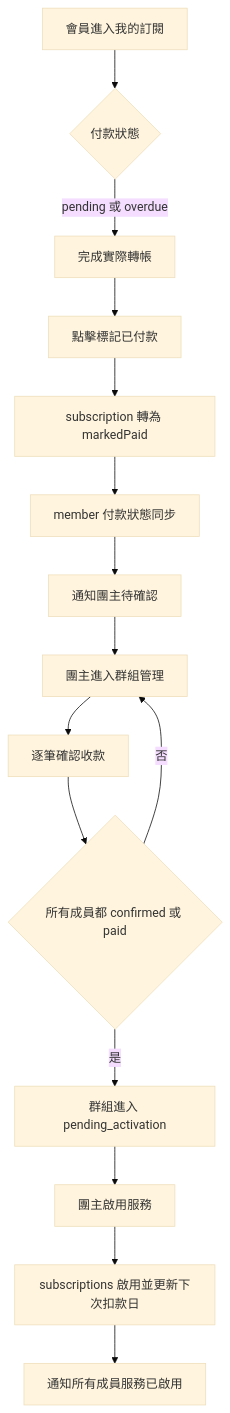
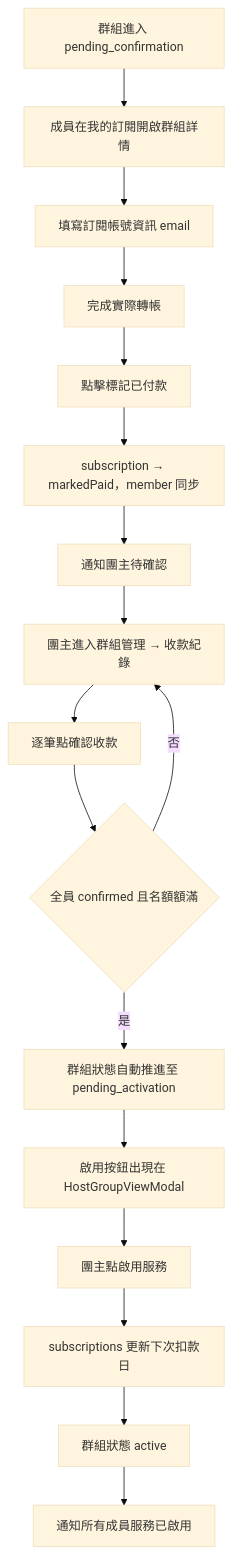
One commit to s1092055/PartyMatch changed the fifth of 6 diagrams in README.md. Above: the diagram before and after it, drawn with Mermaid (base theme). The commit also changed other lines of this file and 11 other files, not shown here.

````diff
--- a/README.md
+++ b/README.md
@@ -220,17 +256,19 @@
 ```mermaid
 flowchart TD
-  A[會員進入我的訂閱] --> B{付款狀態}
-  B -->|pending 或 overdue| C[完成實際轉帳]
-  C --> D[點擊標記已付款]
-  D --> E[subscription 轉為 markedPaid]
-  E --> F[member 付款狀態同步]
+  A[群組進入 pending_confirmation] --> B[成員在我的訂閱開啟群組詳情]
+  B --> C[填寫訂閱帳號資訊 email]
+  C --> D[完成實際轉帳]
+  D --> E[點擊標記已付款]
+  E --> F[subscription → markedPaid，member 同步]
   F --> G[通知團主待確認]
-  G --> H[團主進入群組管理]
-  H --> I[逐筆確認收款]
-  I --> J{所有成員都 confirmed 或 paid}
+  G --> H[團主進入群組管理 → 收款紀錄]
+  H --> I[逐筆點確認收款]
+  I --> J{全員 confirmed 且名額額滿}
   J -->|否| H
-  J -->|是| K[群組進入 pending_activation]
-  K --> L[團主啟用服務]
-  L --> M[subscriptions 啟用並更新下次扣款日]
-  M --> N[通知所有成員服務已啟用]
+  J -->|是| K[群組狀態自動推進至 pending_activation]
+  K --> L[啟用按鈕出現在 HostGroupViewModal]
+  L --> M[團主點啟用服務]
+  M --> N[subscriptions 更新下次扣款日]
+  N --> O[群組狀態 active]
+  O --> P[通知所有成員服務已啟用]
 ```
````
